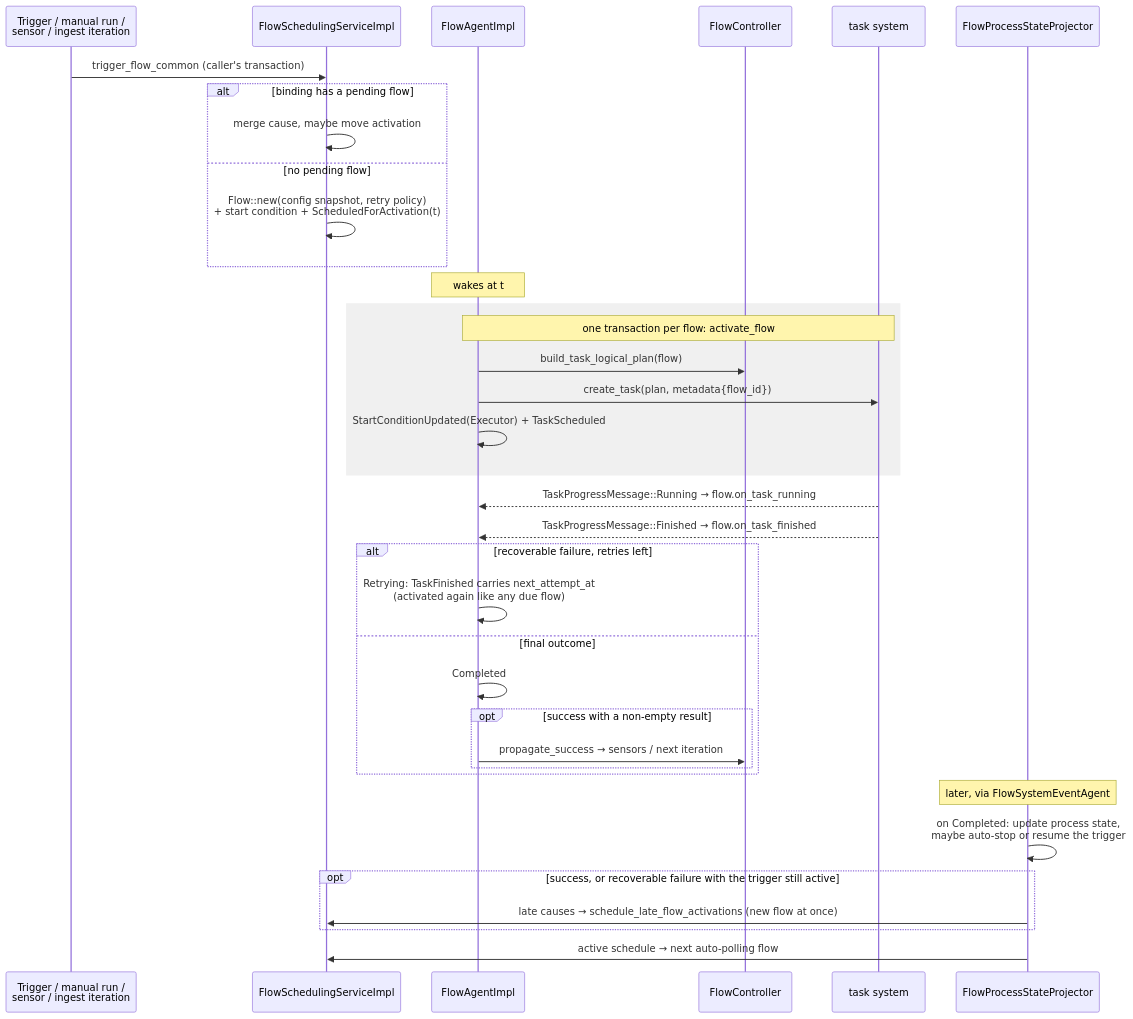
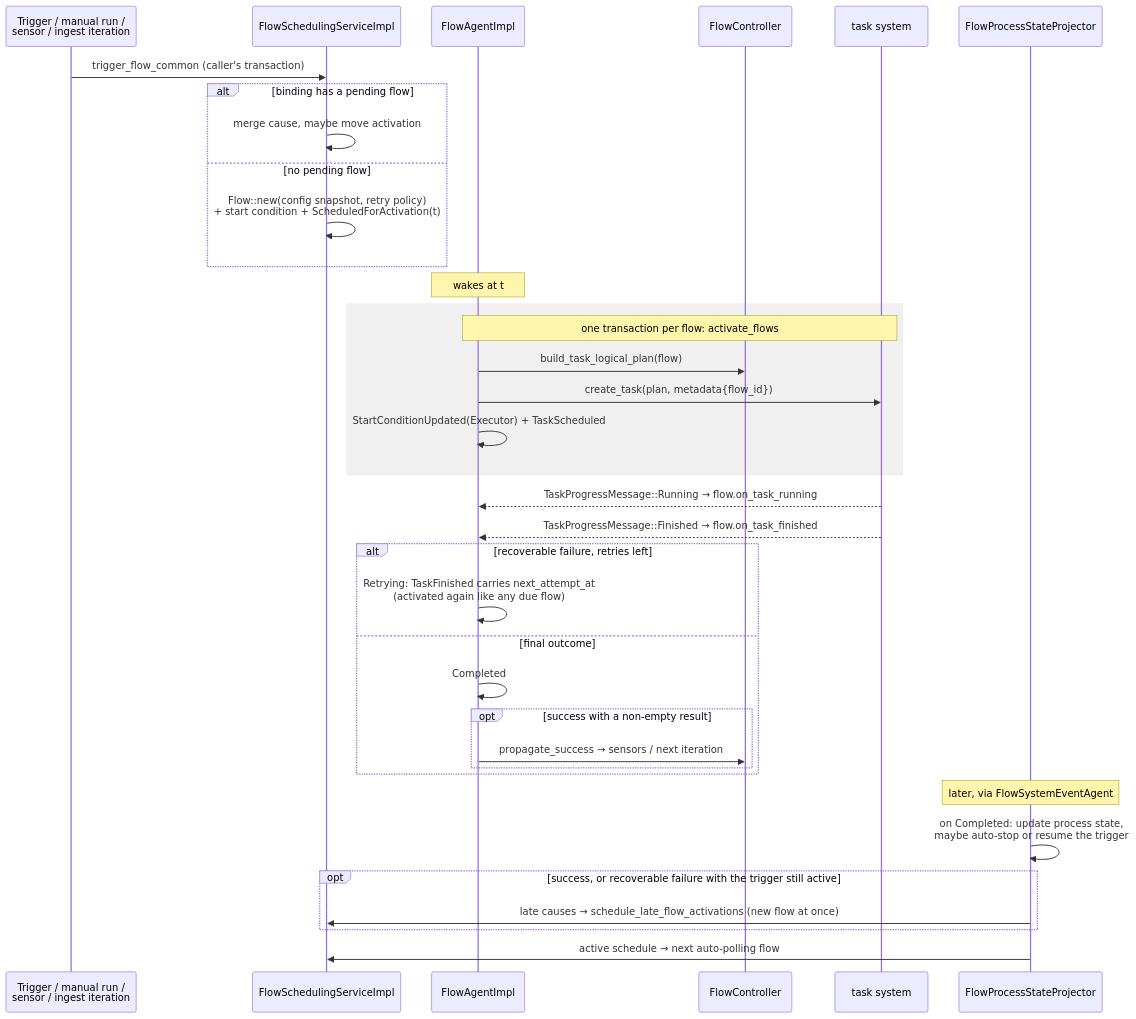
Before and after one commit to kamu-data/kamu-cli: the third of 6 diagrams in docs/internal/flow-system.md, drawn with Mermaid. The commit also changed other lines of this file and 804 other files, not shown here.

````diff
--- a/docs/internal/flow-system.md
+++ b/docs/internal/flow-system.md
@@ -258,42 +258,42 @@
 ```mermaid
 sequenceDiagram
     participant SRC as Trigger / manual run /<br/>sensor / ingest iteration
     participant SCH as FlowSchedulingServiceImpl
     participant FA as FlowAgentImpl
     participant C as FlowController
     participant TS as task system
     participant PR as FlowProcessStateProjector
 
     SRC->>SCH: trigger_flow_common (caller's transaction)
     alt binding has a pending flow
         SCH->>SCH: merge cause, maybe move activation
     else no pending flow
         SCH->>SCH: Flow::new(config snapshot, retry policy)<br/>+ start condition + ScheduledForActivation(t)
     end
 
     note over FA: wakes at t
     rect rgba(128, 128, 128, 0.12)
-        note over FA,TS: one transaction per flow: activate_flow
+        note over FA,TS: one transaction per flow: activate_flows
         FA->>C: build_task_logical_plan(flow)
         FA->>TS: create_task(plan, metadata{flow_id})
         FA->>FA: StartConditionUpdated(Executor) + TaskScheduled
     end
 
     TS-->>FA: TaskProgressMessage::Running → flow.on_task_running
     TS-->>FA: TaskProgressMessage::Finished → flow.on_task_finished
     alt recoverable failure, retries left
         FA->>FA: Retrying: TaskFinished carries next_attempt_at<br/>(activated again like any due flow)
     else final outcome
         FA->>FA: Completed
         opt success with a non-empty result
             FA->>C: propagate_success → sensors / next iteration
         end
     end
 
     note over PR: later, via FlowSystemEventAgent
     PR->>PR: on Completed: update process state,<br/>maybe auto-stop or resume the trigger
     opt success, or recoverable failure with the trigger still active
         PR->>SCH: late causes → schedule_late_flow_activations (new flow at once)
     end
     PR->>SCH: active schedule → next auto-polling flow
 ```
````
